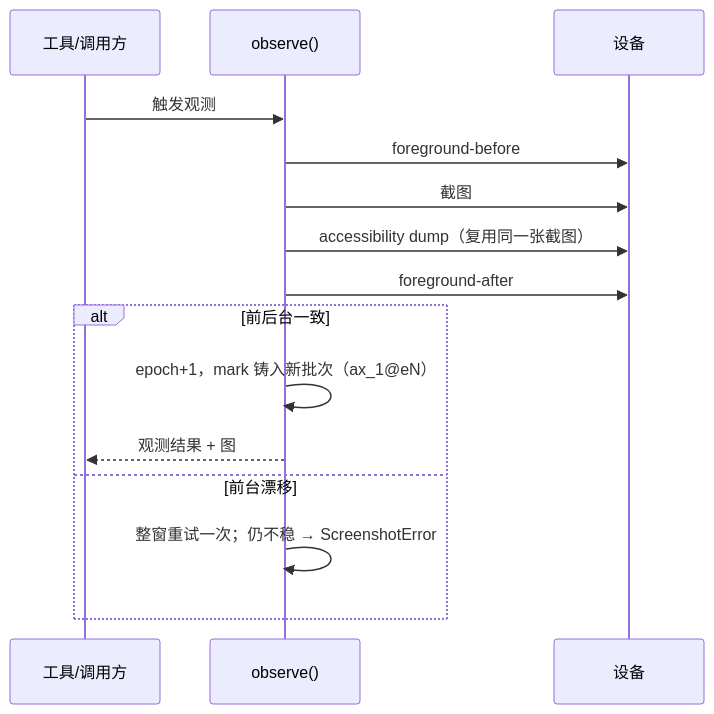
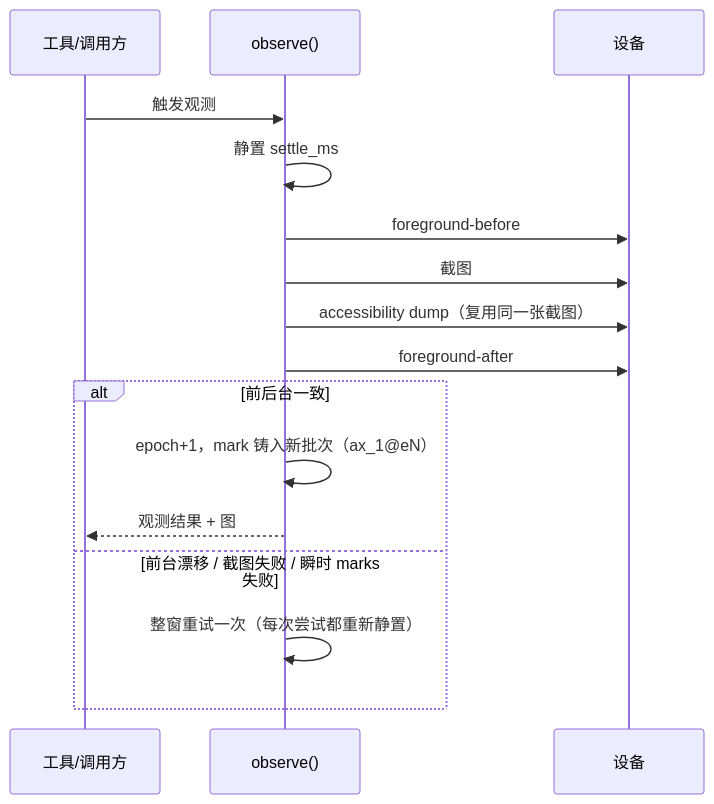
The second of 2 diagrams in pages/architecture.md (tom-cat-mao/TaskWizard), drawn with Mermaid before and after one commit. The commit also changed other lines of this file and 6 other files, not shown here.

````diff
--- a/pages/architecture.md
+++ b/pages/architecture.md
@@ -26,17 +42,18 @@
 ```mermaid
 sequenceDiagram
     participant T as 工具/调用方
     participant O as observe()
     participant D as 设备
     T->>O: 触发观测
+    O->>O: 静置 settle_ms
     O->>D: foreground-before
     O->>D: 截图
     O->>D: accessibility dump（复用同一张截图）
     O->>D: foreground-after
     alt 前后台一致
         O->>O: epoch+1，mark 铸入新批次（ax_1@eN）
         O-->>T: 观测结果 + 图
-    else 前台漂移
-        O->>O: 整窗重试一次；仍不稳 → ScreenshotError
+    else 前台漂移 / 截图失败 / 瞬时 marks 失败
+        O->>O: 整窗重试一次（每次尝试都重新静置）
     end
 ```
````
